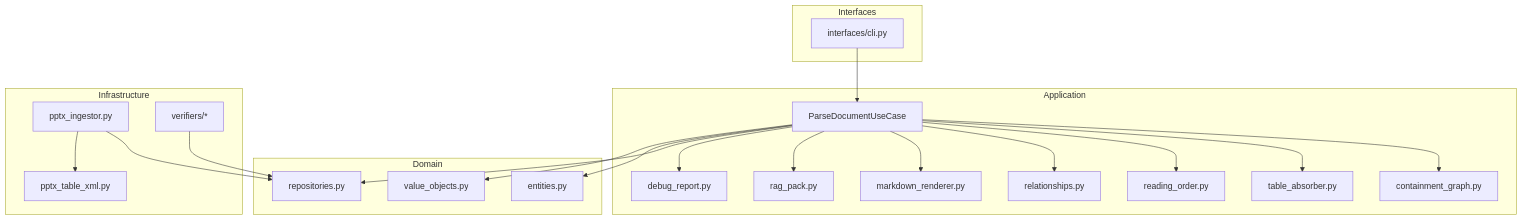
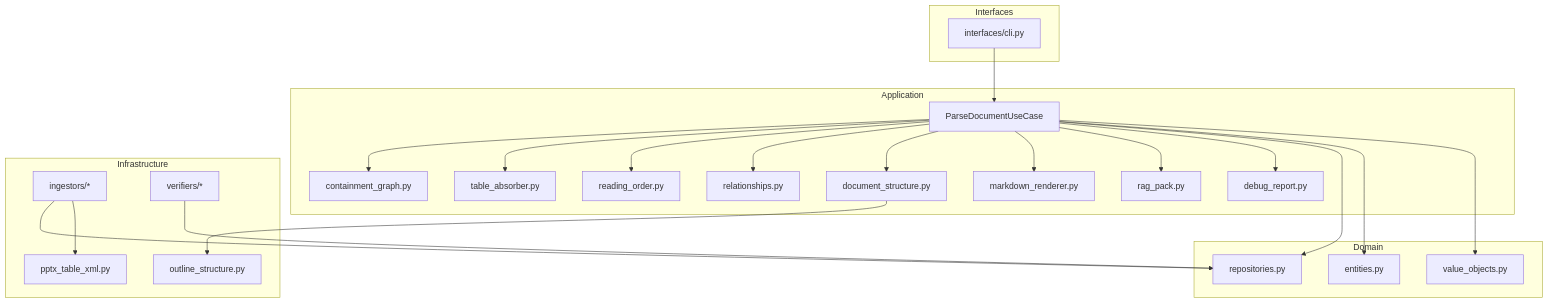
One commit to Gaebobman/openxml-parser changed the second of 5 diagrams in docs/architecture_diagrams.md. Above: the diagram before and after it, drawn with Mermaid. The commit also changed other lines of this file and 6 other files, not shown here.

````diff
--- a/docs/architecture_diagrams.md
+++ b/docs/architecture_diagrams.md
@@ -21,41 +21,45 @@
 ```mermaid
 flowchart TB
     subgraph interfacesLayer [Interfaces]
         CLI[interfaces/cli.py]
     end
     subgraph applicationLayer [Application]
         UseCase[ParseDocumentUseCase]
         ContGraph[containment_graph.py]
         Absorber[table_absorber.py]
         Order[reading_order.py]
         Relation[relationships.py]
+        DocStruct[document_structure.py]
         Render[markdown_renderer.py]
         Rag[rag_pack.py]
         Debug[debug_report.py]
     end
     subgraph domainLayer [Domain]
         Entities[entities.py]
         Ports[repositories.py]
         Values[value_objects.py]
     end
     subgraph infraLayer [Infrastructure]
-        Ingestor[pptx_ingestor.py]
+        Ingestor[ingestors/*]
+        Structure[outline_structure.py]
         TableXml[pptx_table_xml.py]
         Verifier[verifiers/*]
     end
 
     CLI --> UseCase
     UseCase --> ContGraph
     UseCase --> Absorber
     UseCase --> Order
     UseCase --> Relation
+    UseCase --> DocStruct
+    DocStruct --> Structure
     UseCase --> Render
     UseCase --> Rag
     UseCase --> Debug
     UseCase --> Ports
     Ingestor --> Ports
     Ingestor --> TableXml
     Verifier --> Ports
     UseCase --> Entities
     UseCase --> Values
 ```
````
